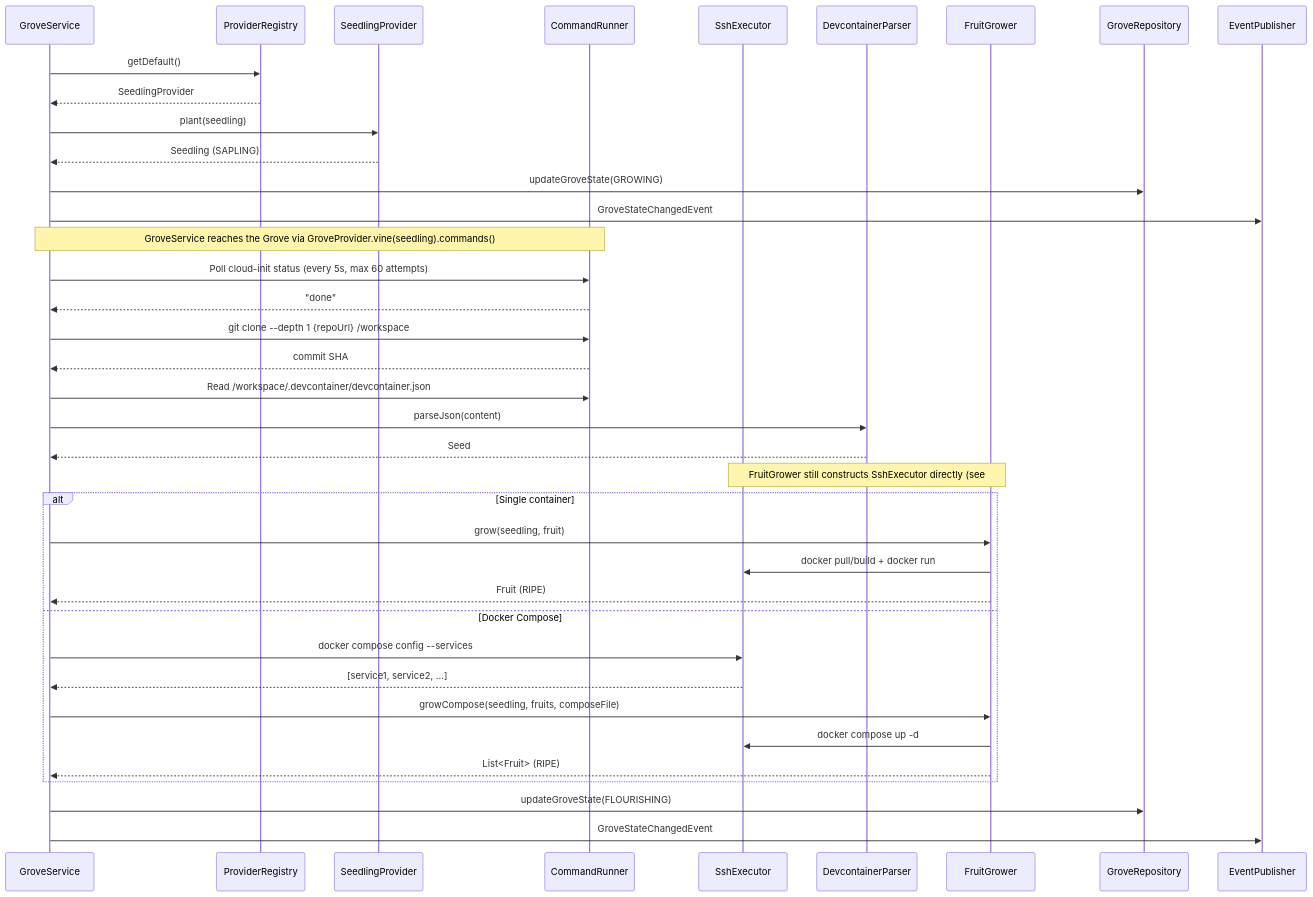
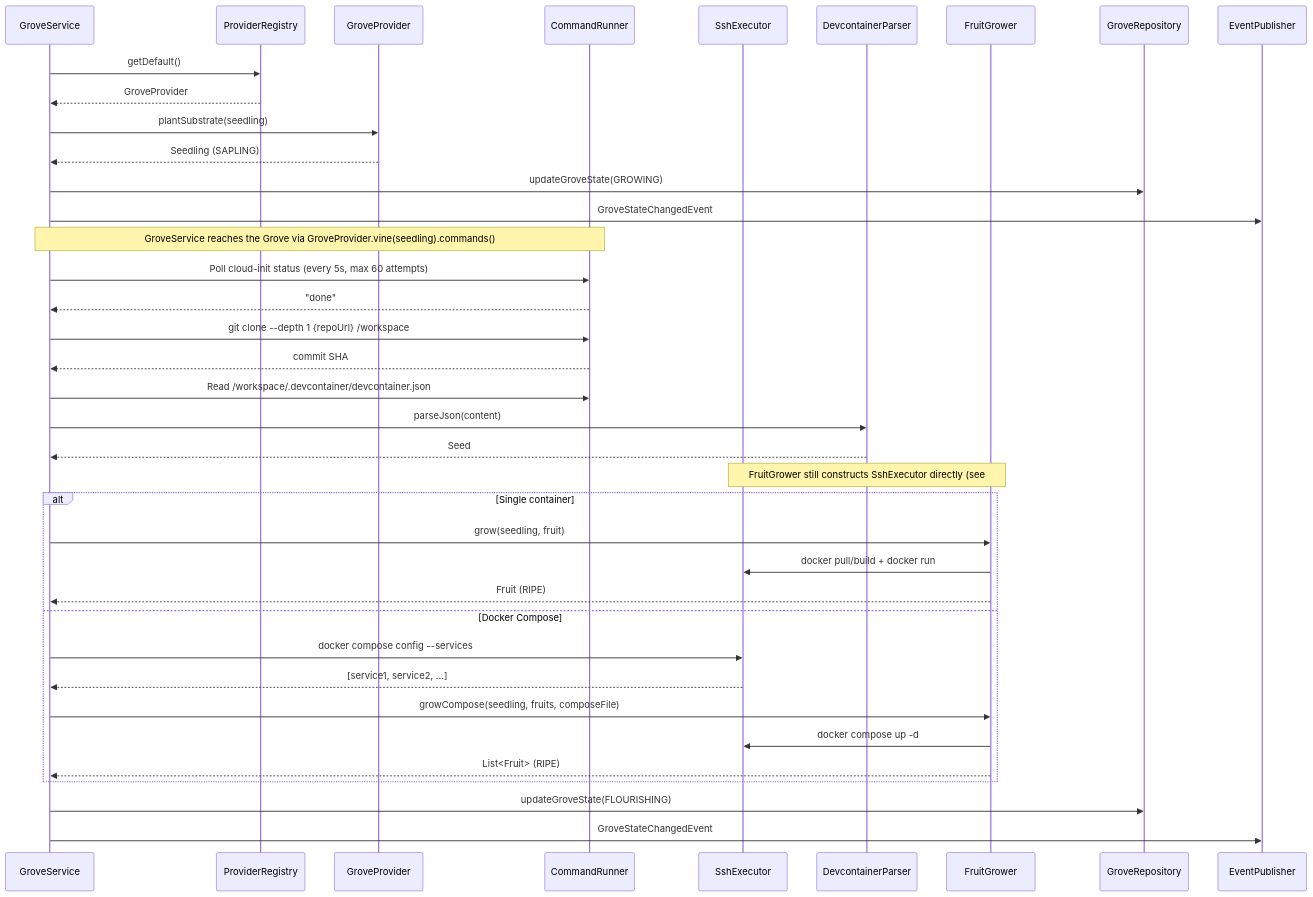
Before and after one commit to orchard-cde/orchard: the fifth of 9 diagrams in docs/architecture/platform-architecture.md, drawn with Mermaid. The commit also changed other lines of this file and 19 other files, not shown here.

````diff
--- a/docs/architecture/platform-architecture.md
+++ b/docs/architecture/platform-architecture.md
@@ -259,46 +270,46 @@
 ```mermaid
 sequenceDiagram
     participant GS as GroveService
     participant PR as ProviderRegistry
-    participant SP as SeedlingProvider
+    participant SP as GroveProvider
     participant CR as CommandRunner
     participant SSH as SshExecutor
     participant DP as DevcontainerParser
     participant FG as FruitGrower
     participant DB as GroveRepository
     participant EP as EventPublisher
 
     GS->>PR: getDefault()
-    PR-->>GS: SeedlingProvider
-    GS->>SP: plant(seedling)
+    PR-->>GS: GroveProvider
+    GS->>SP: plantSubstrate(seedling)
     SP-->>GS: Seedling (SAPLING)
     GS->>DB: updateGroveState(GROWING)
     GS->>EP: GroveStateChangedEvent
 
     Note over GS,CR: GroveService reaches the Grove via GroveProvider.vine(seedling).commands()
     GS->>CR: Poll cloud-init status (every 5s, max 60 attempts)
     CR-->>GS: "done"
 
     GS->>CR: git clone --depth 1 {repoUrl} /workspace
     CR-->>GS: commit SHA
 
     GS->>CR: Read /workspace/.devcontainer/devcontainer.json
     GS->>DP: parseJson(content)
     DP-->>GS: Seed
 
     Note over FG,SSH: FruitGrower still constructs SshExecutor directly (see #86)
     alt Single container
         GS->>FG: grow(seedling, fruit)
         FG->>SSH: docker pull/build + docker run
         FG-->>GS: Fruit (RIPE)
     else Docker Compose
         GS->>SSH: docker compose config --services
         SSH-->>GS: [service1, service2, ...]
         GS->>FG: growCompose(seedling, fruits, composeFile)
         FG->>SSH: docker compose up -d
         FG-->>GS: List<Fruit> (RIPE)
     end
 
     GS->>DB: updateGroveState(FLOURISHING)
     GS->>EP: GroveStateChangedEvent
 ```
````
